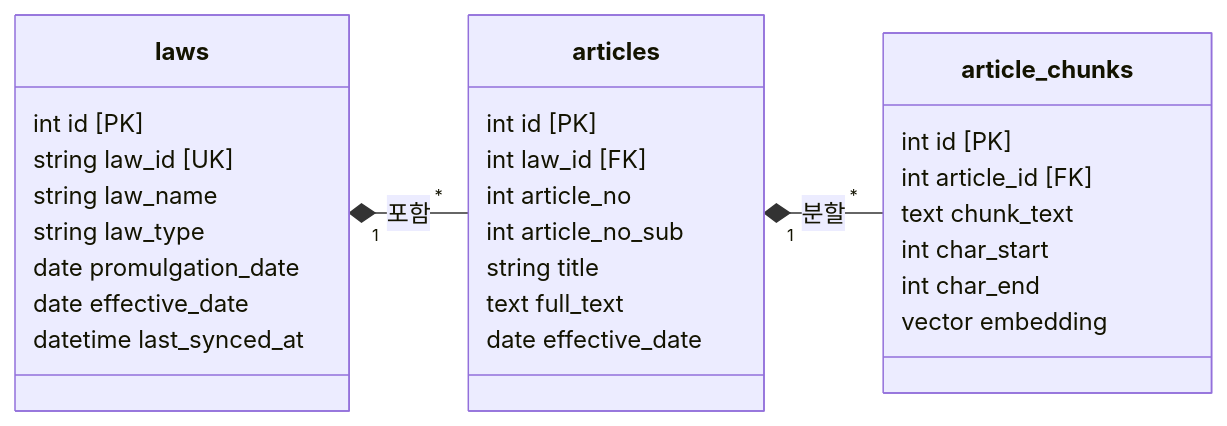
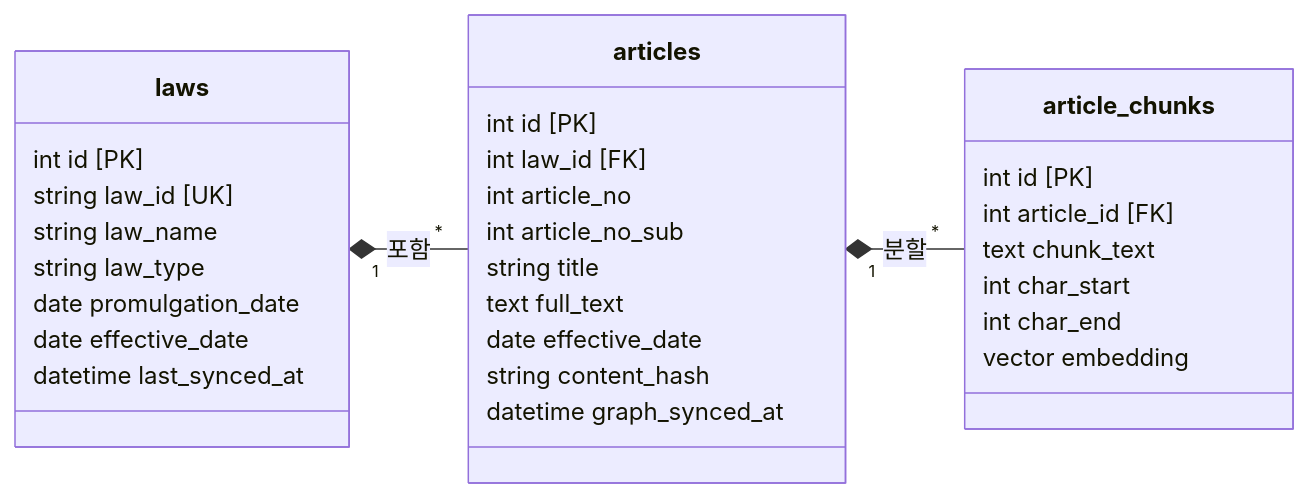
One commit to hugingstar/LawGraphRAG changed the second of 4 diagrams in README.md. Above: the diagram before and after it, drawn with Mermaid. The commit also changed other lines of this file and 39 other files, not shown here.

````diff
--- a/README.md
+++ b/README.md
@@ -138,36 +159,38 @@
 ```mermaid
 classDiagram
     direction LR
     
     class laws {
         int id [PK]
         string law_id [UK]
         string law_name
         string law_type
         date promulgation_date
         date effective_date
         datetime last_synced_at
     }
     
     class articles {
         int id [PK]
         int law_id [FK]
         int article_no
         int article_no_sub
         string title
         text full_text
         date effective_date
+        string content_hash
+        datetime graph_synced_at
     }
     
     class article_chunks {
         int id [PK]
         int article_id [FK]
         text chunk_text
         int char_start
         int char_end
         vector embedding
     }
 
     laws "1" *-- "*" articles : 포함
     articles "1" *-- "*" article_chunks : 분할
 ```
````
